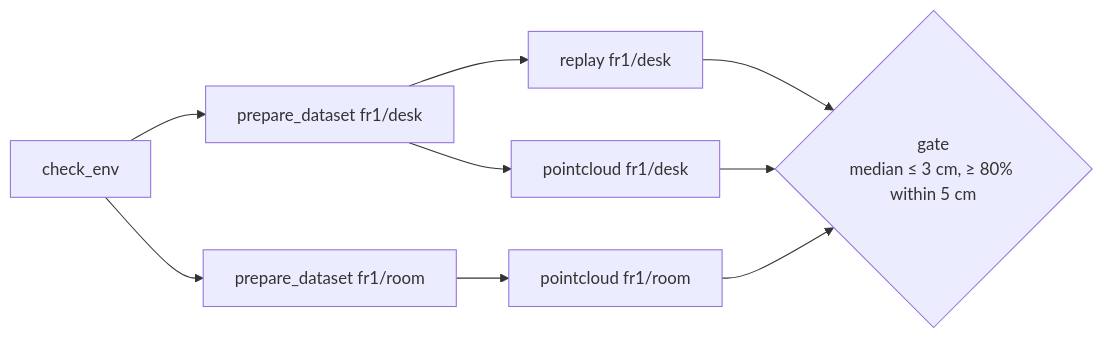
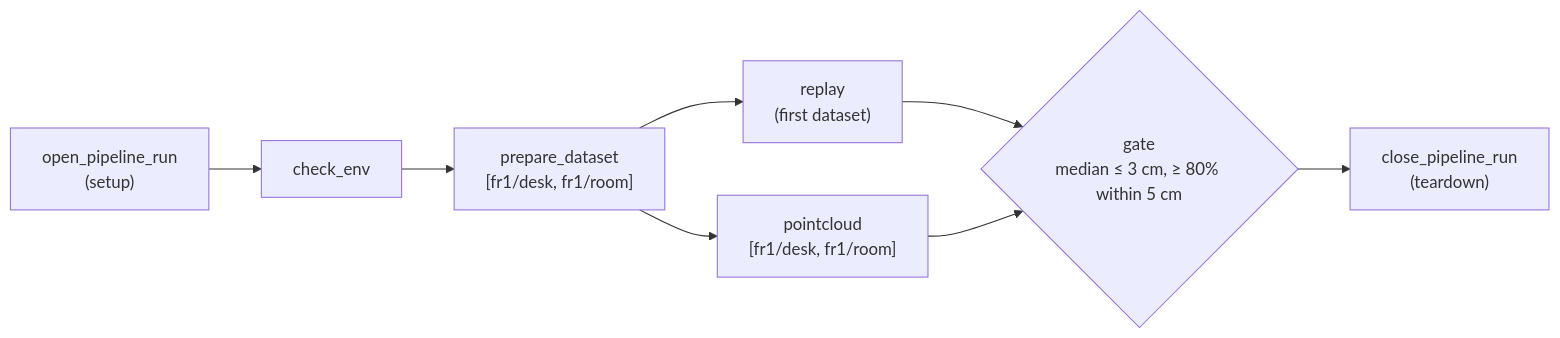
Before and after one commit to omarTBakr/Basir: the first of 2 diagrams in docs/07-pipelines.md, drawn with Mermaid. The commit also changed other lines of this file and 8 other files, not shown here.

````diff
--- a/docs/07-pipelines.md
+++ b/docs/07-pipelines.md
@@ -40,14 +66,13 @@
 ```mermaid
 flowchart LR
+    open["open_pipeline_run<br/>(setup)"]
     check_env["check_env"]
-    prepare_desk["prepare_dataset fr1/desk"]
-    prepare_room["prepare_dataset fr1/room"]
-    replay_desk["replay fr1/desk"]
-    cloud_desk["pointcloud fr1/desk"]
-    cloud_room["pointcloud fr1/room"]
+    prepare["prepare_dataset<br/>[fr1/desk, fr1/room]"]
+    replay["replay<br/>(first dataset)"]
+    cloud["pointcloud<br/>[fr1/desk, fr1/room]"]
     gate{"gate<br/>median ≤ 3 cm, ≥ 80% within 5 cm"}
-    check_env --> prepare_desk & prepare_room
-    prepare_desk --> replay_desk & cloud_desk
-    prepare_room --> cloud_room
-    replay_desk & cloud_desk & cloud_room --> gate
+    close["close_pipeline_run<br/>(teardown)"]
+    open --> check_env --> prepare
+    prepare --> replay & cloud
+    replay & cloud --> gate --> close
 ```
````
